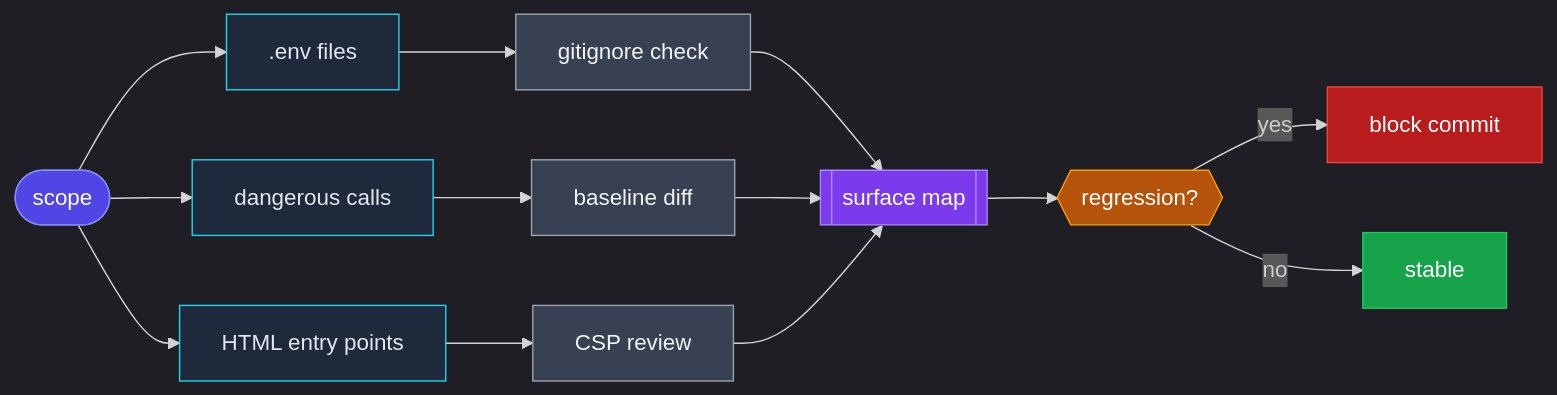
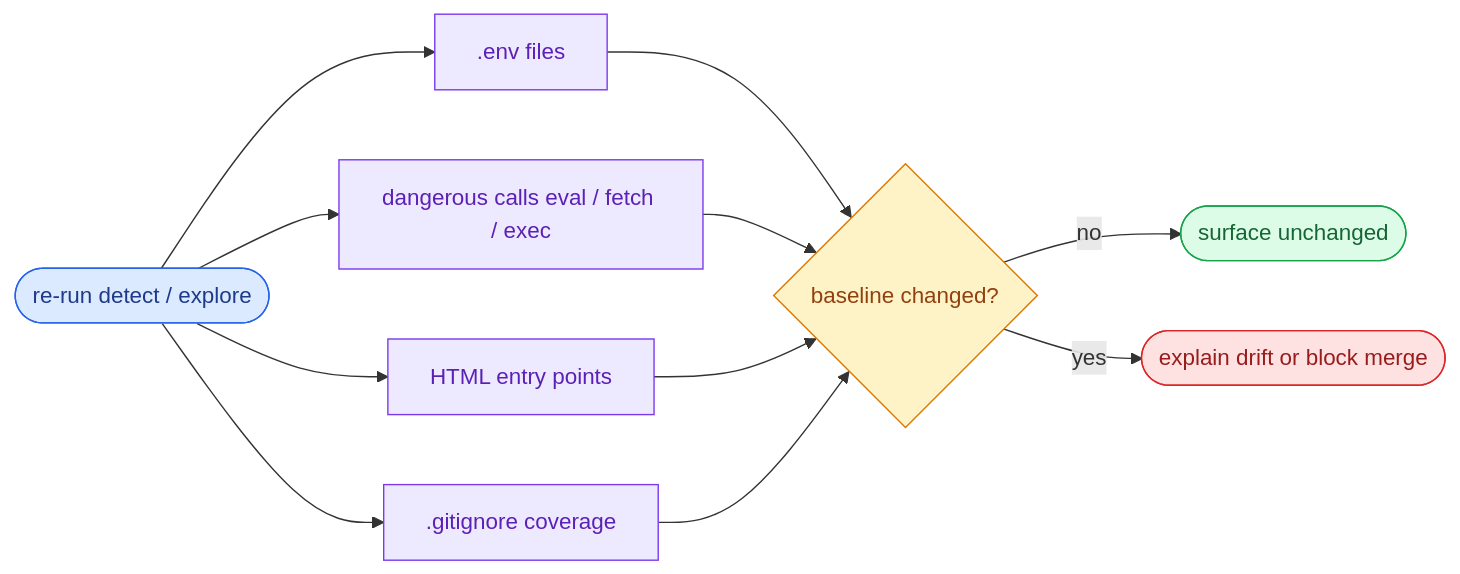
Before and after one commit to effiy/YrY: the diagram in .claude/docs/test/scene-4-security-surface-regression/index.md, drawn with Mermaid. The commit also changed other lines of this file and 32 other files, not shown here.

First line of the commit message:
docs: standardize mermaid diagrams and add summaries

````diff
--- a/.claude/docs/test/scene-4-security-surface-regression/index.md
+++ b/.claude/docs/test/scene-4-security-surface-regression/index.md
@@ -20,36 +10,19 @@
 ```mermaid
-%%{init: {'theme':'dark','flowchart':{'htmlLabels':true}}}%%
 flowchart LR
-  A([scope]):::start
-  B[.env files]:::facet
-  C[dangerous calls]:::facet
-  D[HTML entry points]:::facet
-  E[gitignore check]:::step
-  F[baseline diff]:::step
-  G[CSP review]:::step
-  H[[surface map]]:::output
-  I{{regression?}}:::decision
-  J[block commit]:::fail
-  K[stable]:::pass
+  scan([re-run detect / explore]):::entry --> env[.env files]:::signal
+  scan --> calls[dangerous calls eval / fetch / exec]:::signal
+  scan --> html[HTML entry points]:::signal
+  scan --> ignore[.gitignore coverage]:::signal
+  env --> compare{baseline changed?}:::decision
+  calls --> compare
+  html --> compare
+  ignore --> compare
+  compare -->|no| pass([surface unchanged]):::done
+  compare -->|yes| fail([explain drift or block merge]):::risk
 
-  A --> B
-  A --> C
-  A --> D
-  B --> E
-  C --> F
-  D --> G
-  E --> H
-  F --> H
-  G --> H
-  H --> I
-  I -- yes --> J
-  I -- no --> K
-
-  classDef start fill:#4f46e5,stroke:#818cf8,color:#fff
-  classDef facet fill:#1e293b,stroke:#22d3ee,color:#e2e8f0
-  classDef step fill:#374151,stroke:#9ca3af,color:#f3f4f6
-  classDef output fill:#7c3aed,stroke:#a78bfa,color:#fff
-  classDef decision fill:#b45309,stroke:#f59e0b,color:#fff
-  classDef pass fill:#16a34a,stroke:#22c55e,color:#fff
-  classDef fail fill:#b91c1c,stroke:#ef4444,color:#fff
+  classDef entry fill:#dbeafe,stroke:#2563eb,color:#1e3a8a
+  classDef signal fill:#ede9fe,stroke:#7c3aed,color:#5b21b6
+  classDef decision fill:#fef3c7,stroke:#d97706,color:#92400e
+  classDef done fill:#dcfce7,stroke:#16a34a,color:#166534
+  classDef risk fill:#fee2e2,stroke:#dc2626,color:#991b1b
 ```
````
